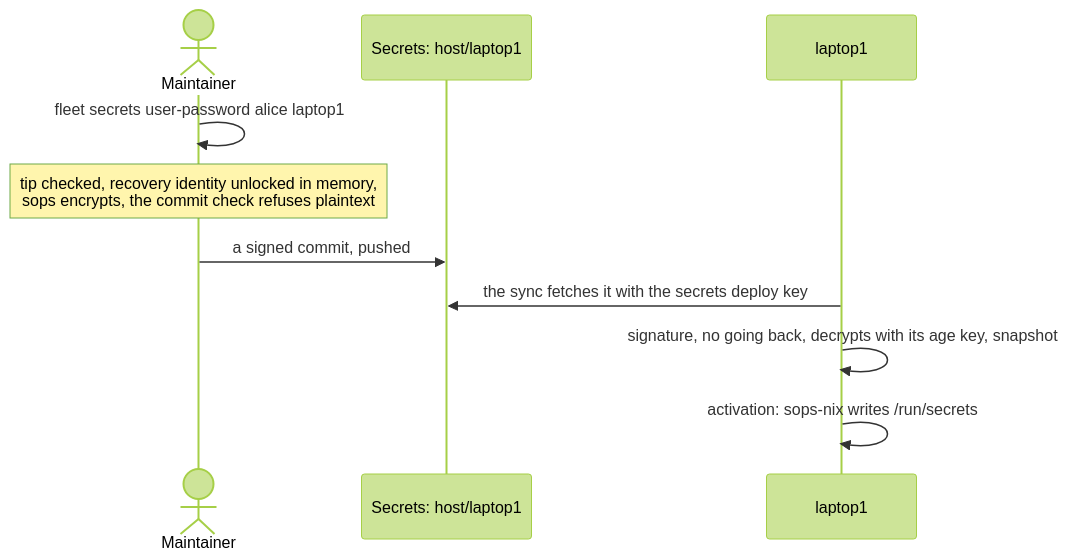
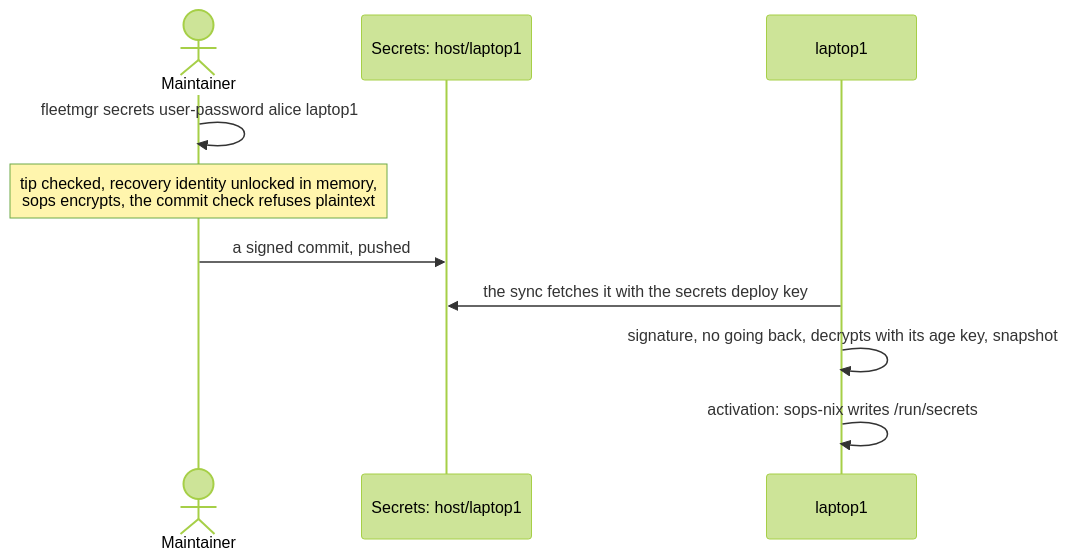
One commit to nnishant776/fleet-manager changed the fourth of 4 diagrams in docs/how-it-works.md. Above: the diagram before and after it, drawn with Mermaid (forest theme). The commit also changed other lines of this file and 149 other files, not shown here.

````diff
--- a/docs/how-it-works.md
+++ b/docs/how-it-works.md
@@ -387,12 +387,12 @@
 ```mermaid
 sequenceDiagram
     actor M as Maintainer
     participant S as Secrets: host/laptop1
     participant H as laptop1
-    M->>M: fleet secrets user-password alice laptop1
+    M->>M: fleetmgr secrets user-password alice laptop1
     Note over M: tip checked, recovery identity unlocked in memory,<br/>sops encrypts, the commit check refuses plaintext
     M->>S: a signed commit, pushed
     H->>S: the sync fetches it with the secrets deploy key
     H->>H: signature, no going back, decrypts with its age key, snapshot
     H->>H: activation: sops-nix writes /run/secrets
 ```
````
